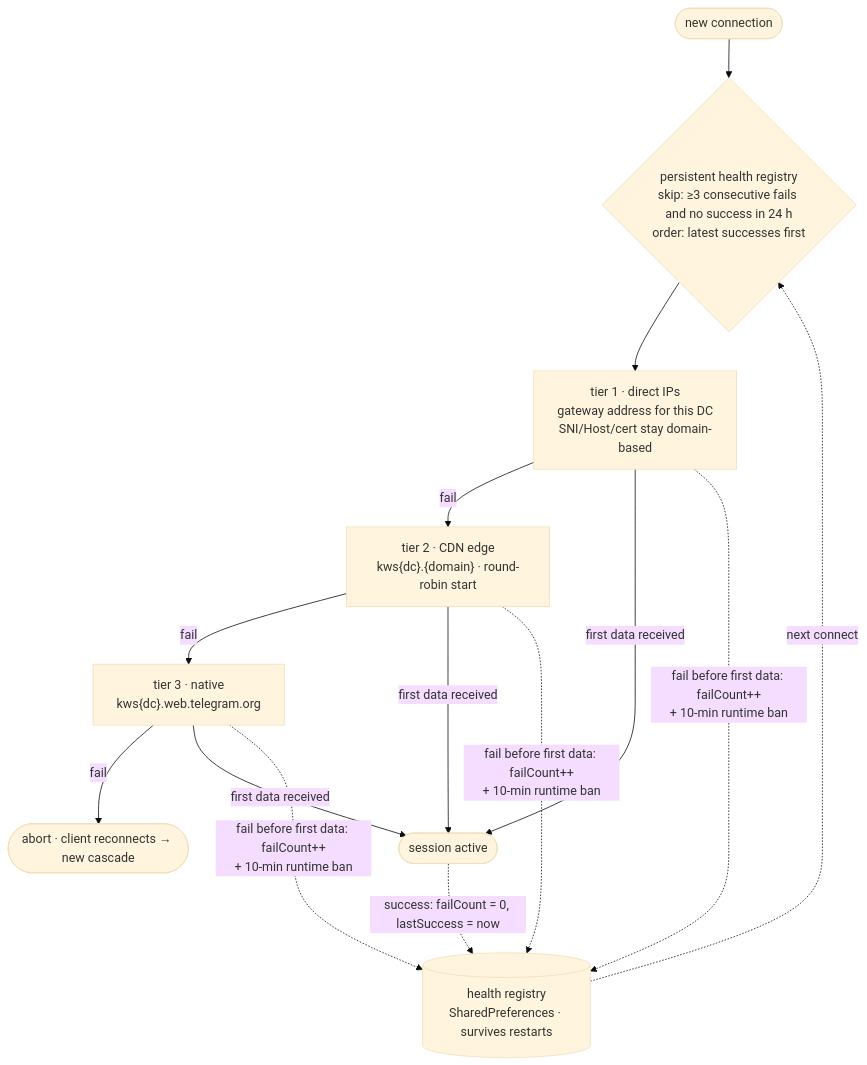
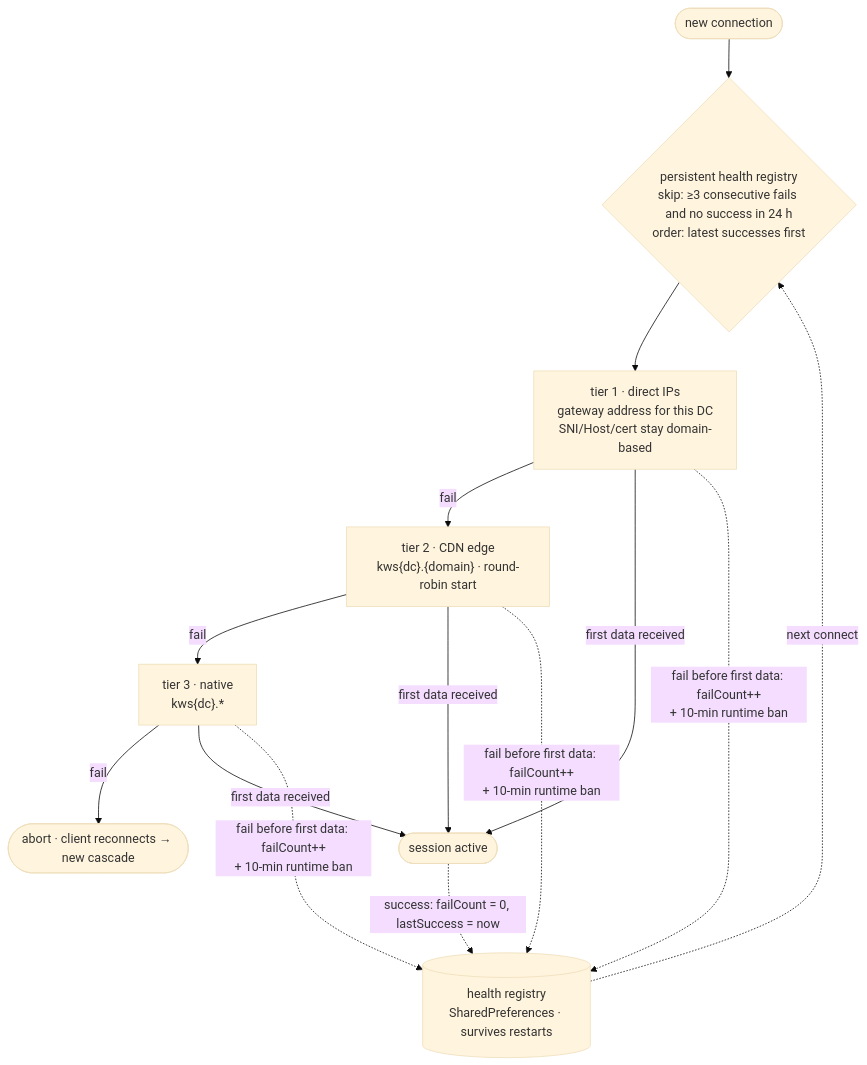
One commit to KiraSunshine/WSBridge-Android changed the second of 2 diagrams in README.md. Above: the diagram before and after it, drawn with Mermaid (base theme). The commit also changed other lines of this file and 1 other file, not shown here.

````diff
--- a/README.md
+++ b/README.md
@@ -51,12 +53,12 @@
 ```mermaid
 flowchart TD
     A(["new connection"]) --> B{"persistent health registry<br/>skip: ≥3 consecutive fails and no success in 24 h<br/>order: latest successes first"}
     B --> T1["tier 1 · direct IPs<br/>gateway address for this DC<br/>SNI/Host/cert stay domain-based"]
     T1 -->|fail| T2["tier 2 · CDN edge<br/>kws{dc}.{domain} · round-robin start"]
-    T2 -->|fail| T3["tier 3 · native<br/>kws{dc}.web.telegram.org"]
+    T2 -->|fail| T3["tier 3 · native<br/>kws{dc}.*"]
     T3 -->|fail| X(["abort · client reconnects → new cascade"])
     T1 & T2 & T3 -->|first data received| OK(["session active"])
     OK -.->|"success: failCount = 0, lastSuccess = now"| R[("health registry<br/>SharedPreferences · survives restarts")]
     T1 & T2 & T3 -.->|"fail before first data: failCount++<br/>+ 10-min runtime ban"| R
     R -.->|next connect| B
 ```
````
